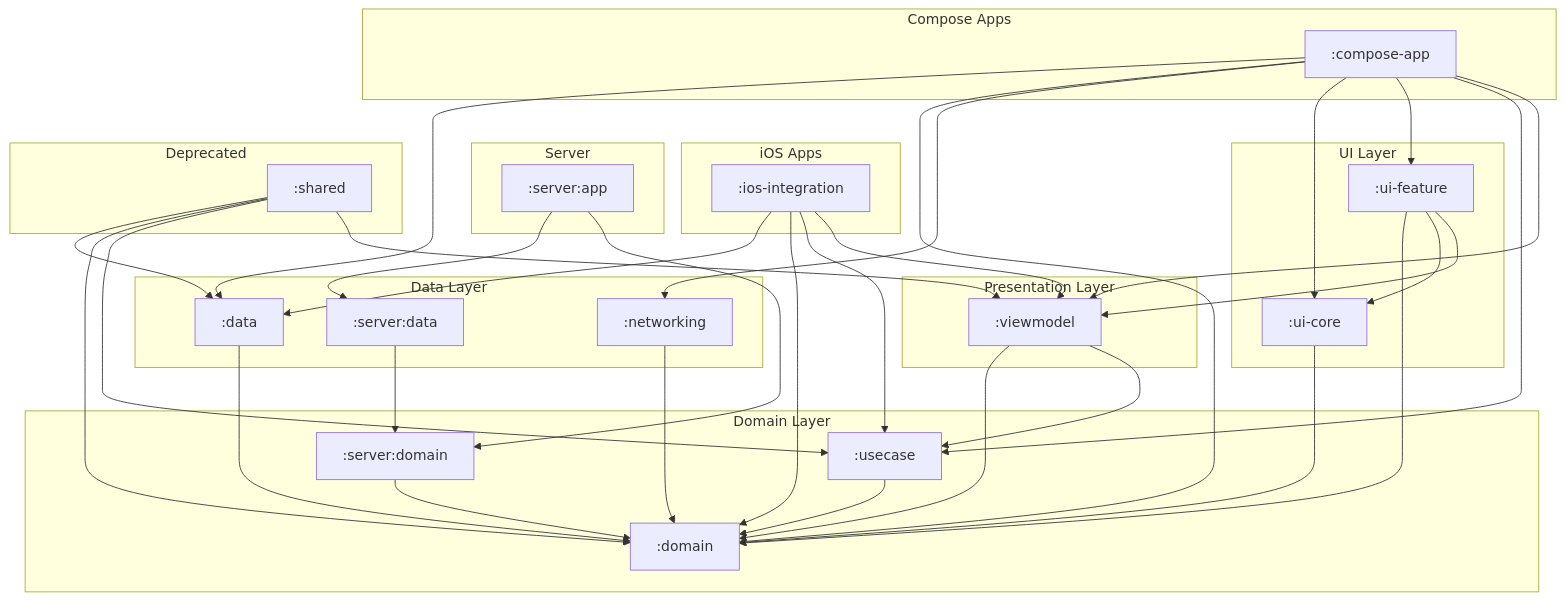
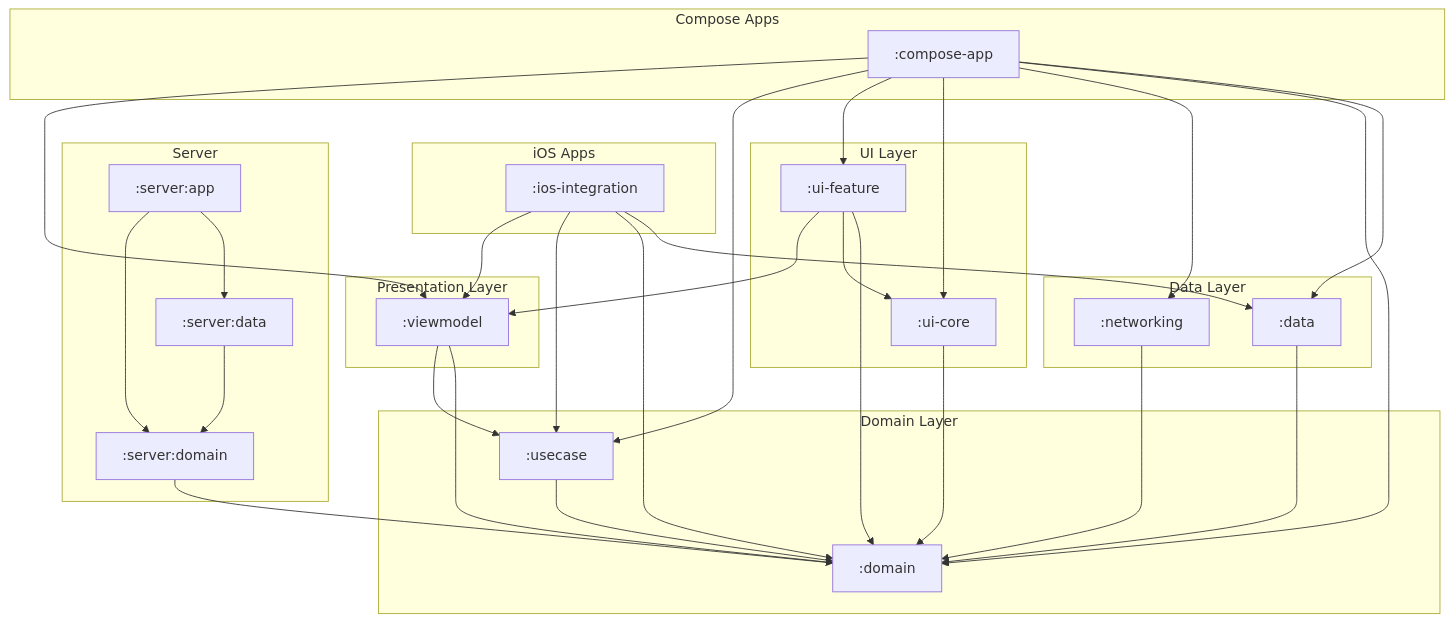
The diagram in docs/diagrams/kotlin_module_structure.mmd (cartland/battery-butler), drawn with Mermaid before and after one commit. The commit also changed 4 other files, not shown here.

Commit message:
Msg: Update architecture diagram to group all Server modules

```diff
--- a/docs/diagrams/kotlin_module_structure.mmd
+++ b/docs/diagrams/kotlin_module_structure.mmd
@@ -1,78 +1,69 @@
 graph TD
     subgraph "iOS Apps"
         IosIntegration[":ios-integration"]
     end
 
     subgraph "Compose Apps"
         ComposeApp[":compose-app"]
     end
 
     subgraph "Server"
         ServerApp[":server:app"]
+        ServerData[":server:data"]
+        ServerDomain[":server:domain"]
     end
 
     subgraph "UI Layer"
         UICore[":ui-core"]
         UIFeature[":ui-feature"]
     end
 
     subgraph "Presentation Layer"
         ViewModel[":viewmodel"]
     end
 
     subgraph "Domain Layer"
         Domain[":domain"]
-        ServerDomain[":server:domain"]
         UseCase[":usecase"]
     end
 
     subgraph "Data Layer"
         Data[":data"]
         Networking[":networking"]
-        ServerData[":server:data"]
-    end
-
-    subgraph "Deprecated"
-        Shared[":shared"]
     end
 
     %% Dependencies
     ComposeApp --> Data
     ComposeApp --> Domain
     ComposeApp --> Networking
     ComposeApp --> UICore
     ComposeApp --> UIFeature
     ComposeApp --> UseCase
     ComposeApp --> ViewModel
 
     Data --> Domain
 
     IosIntegration --> Data
     IosIntegration --> Domain
     IosIntegration --> UseCase
     IosIntegration --> ViewModel
 
     Networking --> Domain
 
     ServerApp --> ServerData
     ServerApp --> ServerDomain
 
     ServerData --> ServerDomain
 
     ServerDomain --> Domain
 
-    Shared --> Data
-    Shared --> Domain
-    Shared --> UseCase
-    Shared --> ViewModel
-
     UICore --> Domain
 
     UIFeature --> Domain
     UIFeature --> UICore
     UIFeature --> ViewModel
 
     UseCase --> Domain
 
     ViewModel --> Domain
     ViewModel --> UseCase
```
